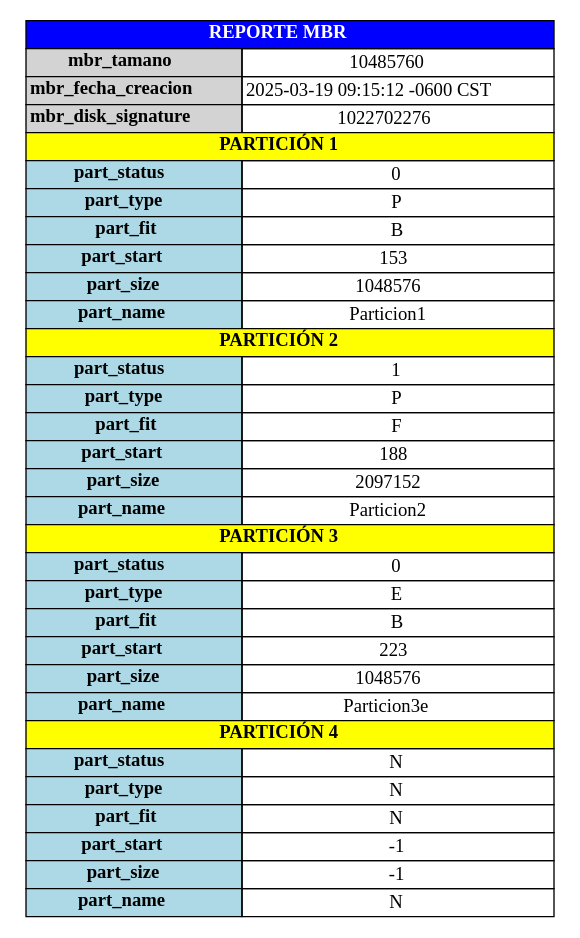
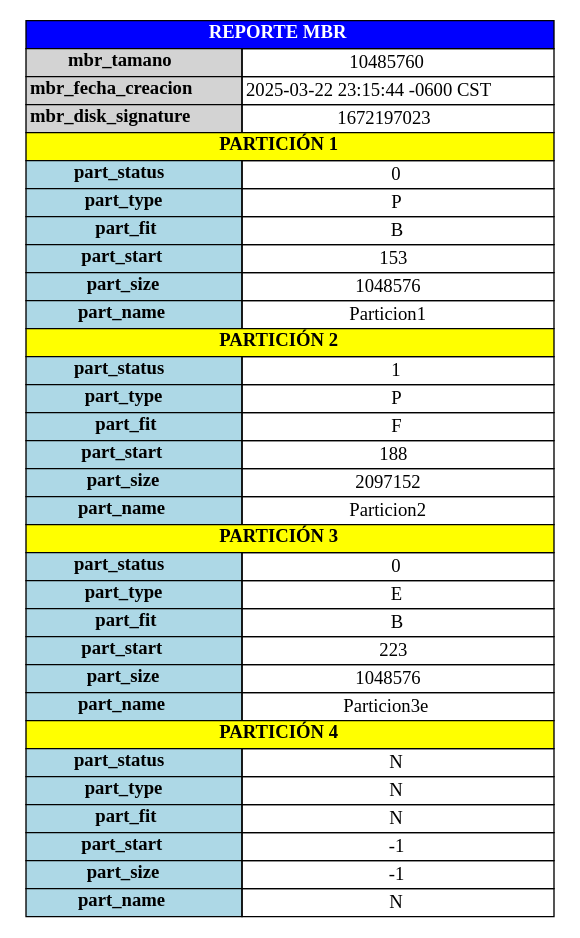
One commit to AbdielOtzoy/MIA_1S2025_P1_202300350 changed the diagram in backend/output/report_mbr.dot. Above: the diagram before and after it, drawn with Graphviz. The commit also changed 20 other files, not shown here.

```diff
--- a/backend/output/report_mbr.dot
+++ b/backend/output/report_mbr.dot
@@ -1,41 +1,41 @@
 digraph G {
         node [shape=plaintext]
         tabla [label=<
             <table border="0" cellborder="1" cellspacing="0">
                 <tr><td colspan="2" bgcolor="blue"><font color="white"><b>REPORTE MBR</b></font></td></tr>
                 <tr><td bgcolor="lightgray"><b>mbr_tamano</b></td><td>10485760</td></tr>
-                <tr><td bgcolor="lightgray"><b>mbr_fecha_creacion</b></td><td>2025-03-19 09:15:12 -0600 CST</td></tr>
-                <tr><td bgcolor="lightgray"><b>mbr_disk_signature</b></td><td>1022702276</td></tr>
+                <tr><td bgcolor="lightgray"><b>mbr_fecha_creacion</b></td><td>2025-03-22 23:15:44 -0600 CST</td></tr>
+                <tr><td bgcolor="lightgray"><b>mbr_disk_signature</b></td><td>1672197023</td></tr>
             
 				<tr><td colspan="2" bgcolor="yellow"><b>PARTICIÓN 1</b></td></tr>
 				<tr><td bgcolor="lightblue"><b>part_status</b></td><td>0</td></tr>
 				<tr><td bgcolor="lightblue"><b>part_type</b></td><td>P</td></tr>
 				<tr><td bgcolor="lightblue"><b>part_fit</b></td><td>B</td></tr>
 				<tr><td bgcolor="lightblue"><b>part_start</b></td><td>153</td></tr>
 				<tr><td bgcolor="lightblue"><b>part_size</b></td><td>1048576</td></tr>
 				<tr><td bgcolor="lightblue"><b>part_name</b></td><td>Particion1</td></tr>
 			
 				<tr><td colspan="2" bgcolor="yellow"><b>PARTICIÓN 2</b></td></tr>
 				<tr><td bgcolor="lightblue"><b>part_status</b></td><td>1</td></tr>
 				<tr><td bgcolor="lightblue"><b>part_type</b></td><td>P</td></tr>
 				<tr><td bgcolor="lightblue"><b>part_fit</b></td><td>F</td></tr>
 				<tr><td bgcolor="lightblue"><b>part_start</b></td><td>188</td></tr>
 				<tr><td bgcolor="lightblue"><b>part_size</b></td><td>2097152</td></tr>
 				<tr><td bgcolor="lightblue"><b>part_name</b></td><td>Particion2</td></tr>
 			
 				<tr><td colspan="2" bgcolor="yellow"><b>PARTICIÓN 3</b></td></tr>
 				<tr><td bgcolor="lightblue"><b>part_status</b></td><td>0</td></tr>
 				<tr><td bgcolor="lightblue"><b>part_type</b></td><td>E</td></tr>
 				<tr><td bgcolor="lightblue"><b>part_fit</b></td><td>B</td></tr>
 				<tr><td bgcolor="lightblue"><b>part_start</b></td><td>223</td></tr>
 				<tr><td bgcolor="lightblue"><b>part_size</b></td><td>1048576</td></tr>
 				<tr><td bgcolor="lightblue"><b>part_name</b></td><td>Particion3e</td></tr>
 			
 				<tr><td colspan="2" bgcolor="yellow"><b>PARTICIÓN 4</b></td></tr>
 				<tr><td bgcolor="lightblue"><b>part_status</b></td><td>N</td></tr>
 				<tr><td bgcolor="lightblue"><b>part_type</b></td><td>N</td></tr>
 				<tr><td bgcolor="lightblue"><b>part_fit</b></td><td>N</td></tr>
 				<tr><td bgcolor="lightblue"><b>part_start</b></td><td>-1</td></tr>
 				<tr><td bgcolor="lightblue"><b>part_size</b></td><td>-1</td></tr>
 				<tr><td bgcolor="lightblue"><b>part_name</b></td><td>N</td></tr>
 			</table>>] }
```
